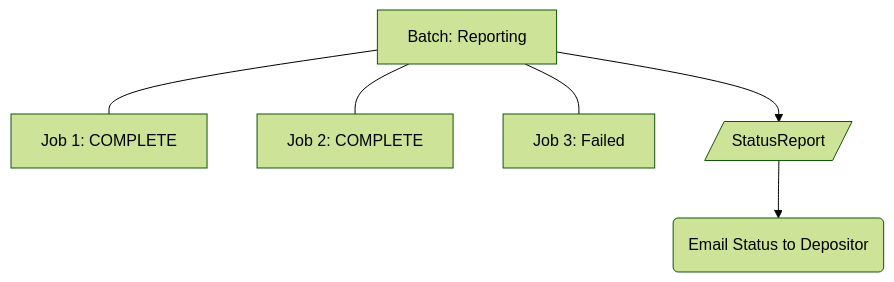
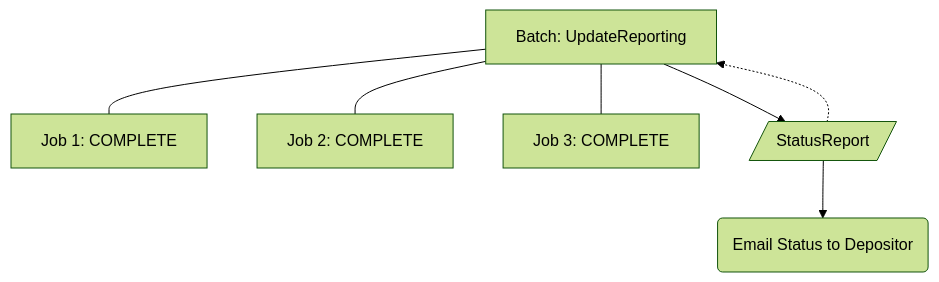
Diagram 32 of 48 in design/use-cases.md (CDLUC3/mrt-zk), drawn with Mermaid (forest theme) before and after one commit. The commit also changed other lines of this file, not shown here.

Commit message:
mermaid diagrams

````diff
--- a/design/use-cases.md
+++ b/design/use-cases.md
@@ -331,14 +416,16 @@
 ```mermaid
 graph TD
-  Batch[Batch: Reporting]
+  accTitle: 'Email notification is generated for the entire batch'
+  Batch[Batch: UpdateReporting]
   Job1[Job 1: COMPLETE]
   Job2[Job 2: COMPLETE]
-  Job3[Job 3: Failed]
+  Job3[Job 3: COMPLETE]
   Batch --- Job1
   Batch --- Job2
   Batch --- Job3
   StatusReport[/StatusReport/]
+  Batch --> StatusReport
+  StatusReport -.-> Batch
   Email(Email Status to Depositor)
-  Batch --> StatusReport
   StatusReport --> Email
 ```
````
